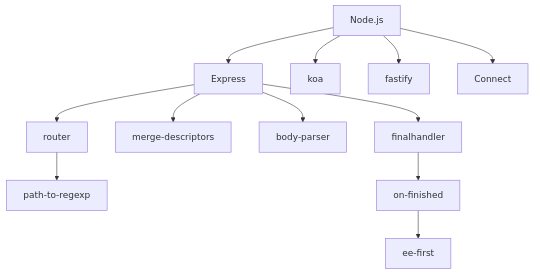
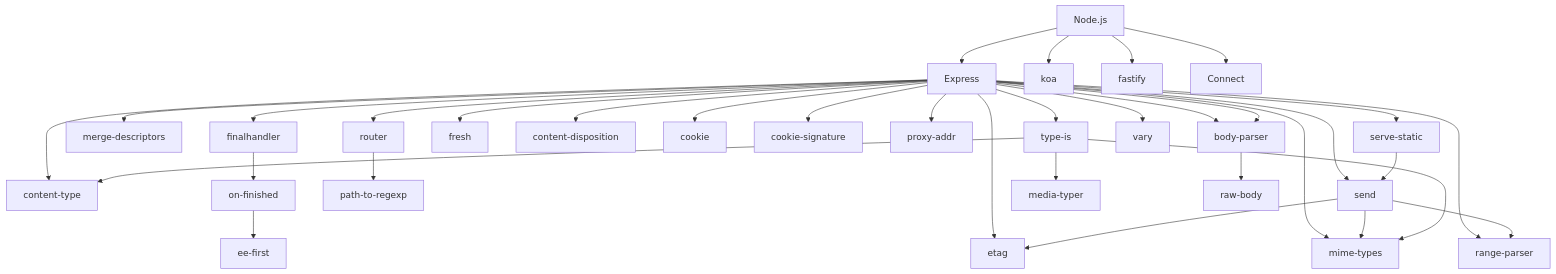
The first of 5 diagrams in docs/http/npm-http-chain-1.md (samuel871211/yusheng-tech-blog), drawn with Mermaid before and after one commit. The commit also changed other lines of this file, not shown here.

````diff
--- a/docs/http/npm-http-chain-1.md
+++ b/docs/http/npm-http-chain-1.md
@@ -10,15 +10,42 @@
 ```mermaid
 flowchart TD
     Node.js --> Express
     Node.js --> koa
     Node.js --> fastify
     Node.js --> Connect
 
     Express --> finalhandler
     Express --> merge-descriptors
     Express --> body-parser
     Express --> router
+    Express --> body-parser
+    Express --> fresh
+    Express --> content-type
+    Express --> content-disposition
+    Express --> cookie
+    Express --> cookie-signature
+    Express --> etag
+    Express --> mime-types
+    Express --> proxy-addr
+    Express --> range-parser
+    Express --> send
+    Express --> serve-static
+    Express --> type-is
+    Express --> vary
+
     router --> path-to-regexp
     finalhandler --> on-finished
     on-finished --> ee-first
+
+    send --> mime-types
+    send --> range-parser
+    send --> etag
+
+    type-is --> content-type
+    type-is --> mime-types
+    type-is --> media-typer
+
+    serve-static --> send
+
+    body-parser --> raw-body
 ```
````
